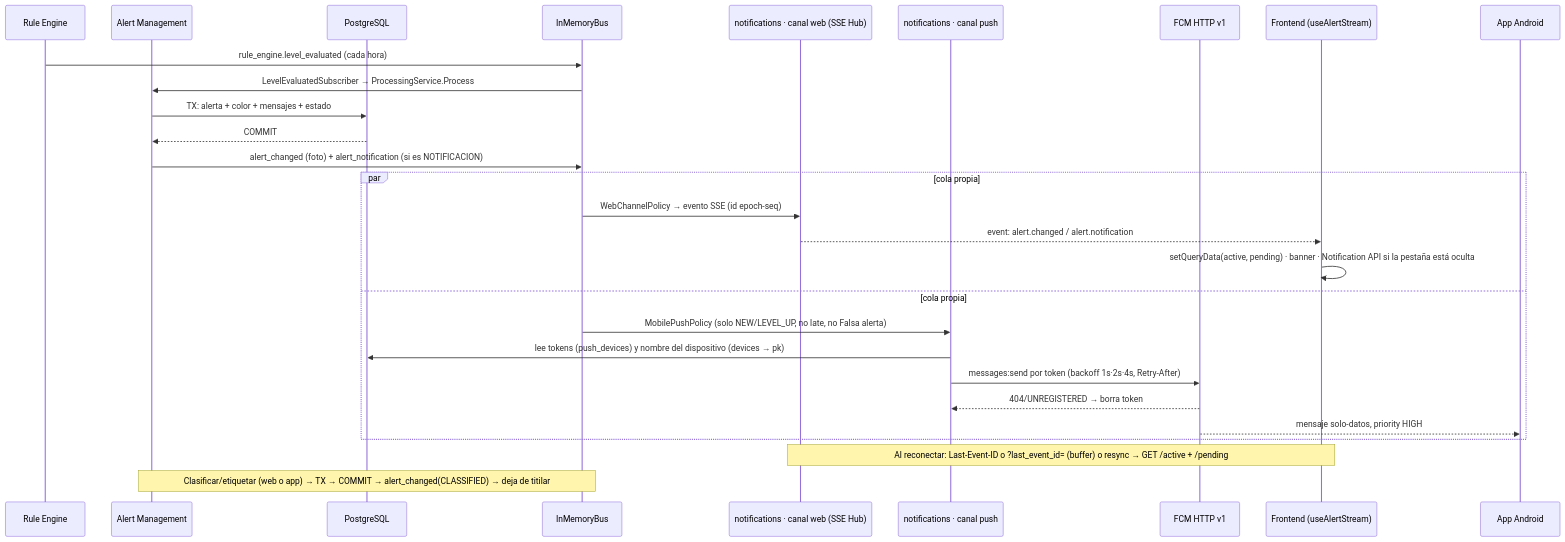
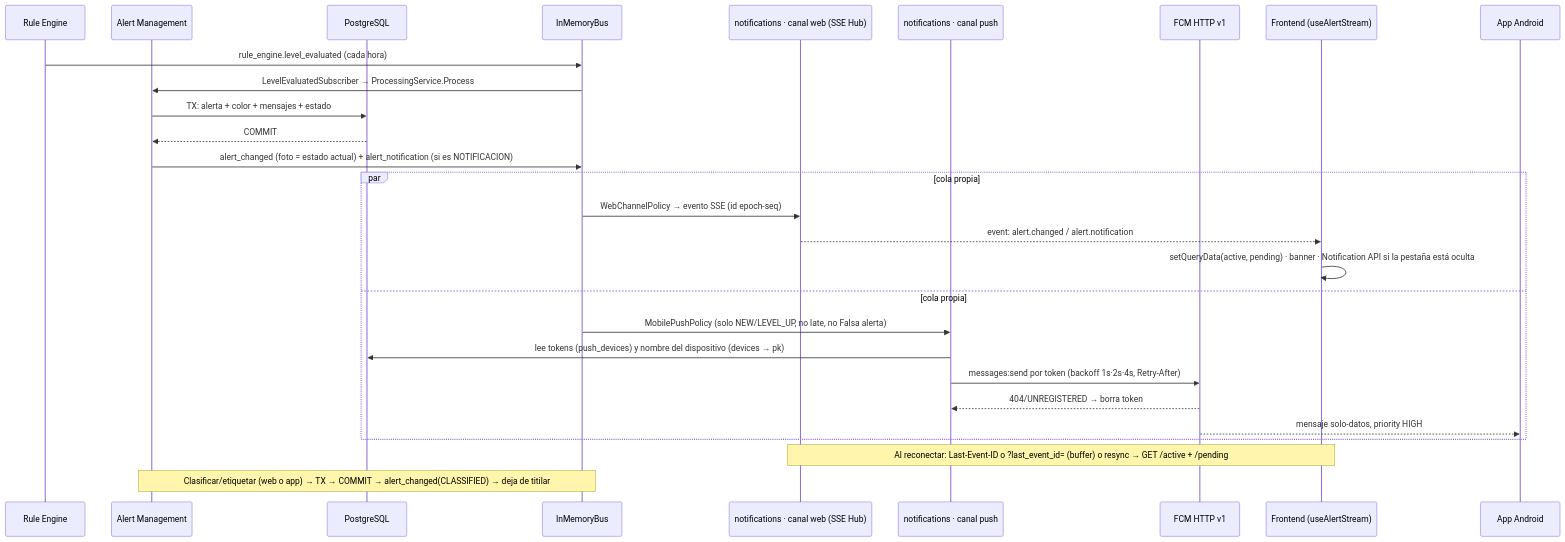
The diagram in docs/PLAN.md (juanserealpe/agatha-platform), drawn with Mermaid before and after one commit. The commit also changed other lines of this file and 6 other files, not shown here.

````diff
--- a/docs/PLAN.md
+++ b/docs/PLAN.md
@@ -224,31 +225,31 @@
 ```mermaid
 sequenceDiagram
     participant RE as Rule Engine
     participant AM as Alert Management
     participant DB as PostgreSQL
     participant BUS as InMemoryBus
     participant WEB as notifications · canal web (SSE Hub)
     participant PUSH as notifications · canal push
     participant FCM as FCM HTTP v1
     participant FE as Frontend (useAlertStream)
     participant APP as App Android
 
     RE->>BUS: rule_engine.level_evaluated (cada hora)
     BUS->>AM: LevelEvaluatedSubscriber → ProcessingService.Process
     AM->>DB: TX: alerta + color + mensajes + estado
     DB-->>AM: COMMIT
-    AM->>BUS: alert_changed (foto) + alert_notification (si es NOTIFICACION)
+    AM->>BUS: alert_changed (foto = estado actual) + alert_notification (si es NOTIFICACION)
     par cola propia
         BUS->>WEB: WebChannelPolicy → evento SSE (id epoch-seq)
         WEB-->>FE: event: alert.changed / alert.notification
         FE->>FE: setQueryData(active, pending) · banner · Notification API si la pestaña está oculta
     and cola propia
         BUS->>PUSH: MobilePushPolicy (solo NEW/LEVEL_UP, no late, no Falsa alerta)
         PUSH->>DB: lee tokens (push_devices) y nombre del dispositivo (devices → pk)
         PUSH->>FCM: messages:send por token (backoff 1s·2s·4s, Retry-After)
         FCM-->>PUSH: 404/UNREGISTERED → borra token
         FCM-->>APP: mensaje solo-datos, priority HIGH
     end
     Note over FE,WEB: Al reconectar: Last-Event-ID o ?last_event_id= (buffer) o resync → GET /active + /pending
     Note over AM,BUS: Clasificar/etiquetar (web o app) → TX → COMMIT → alert_changed(CLASSIFIED) → deja de titilar
 ```
````
